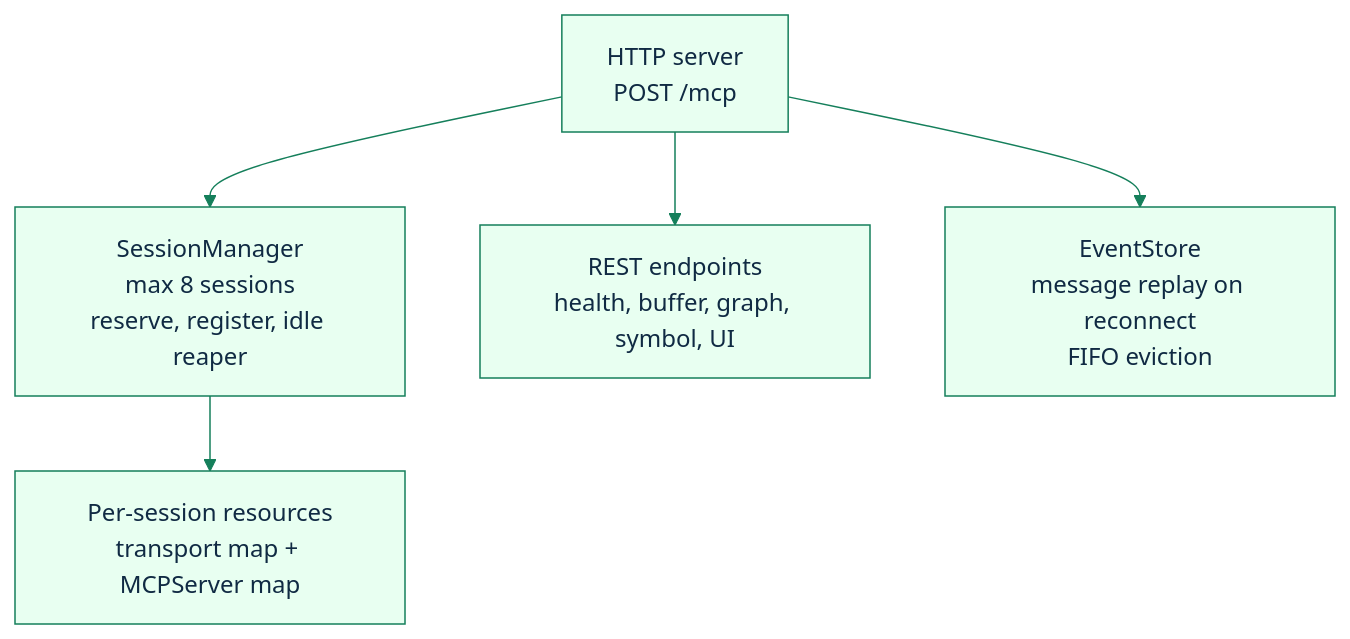
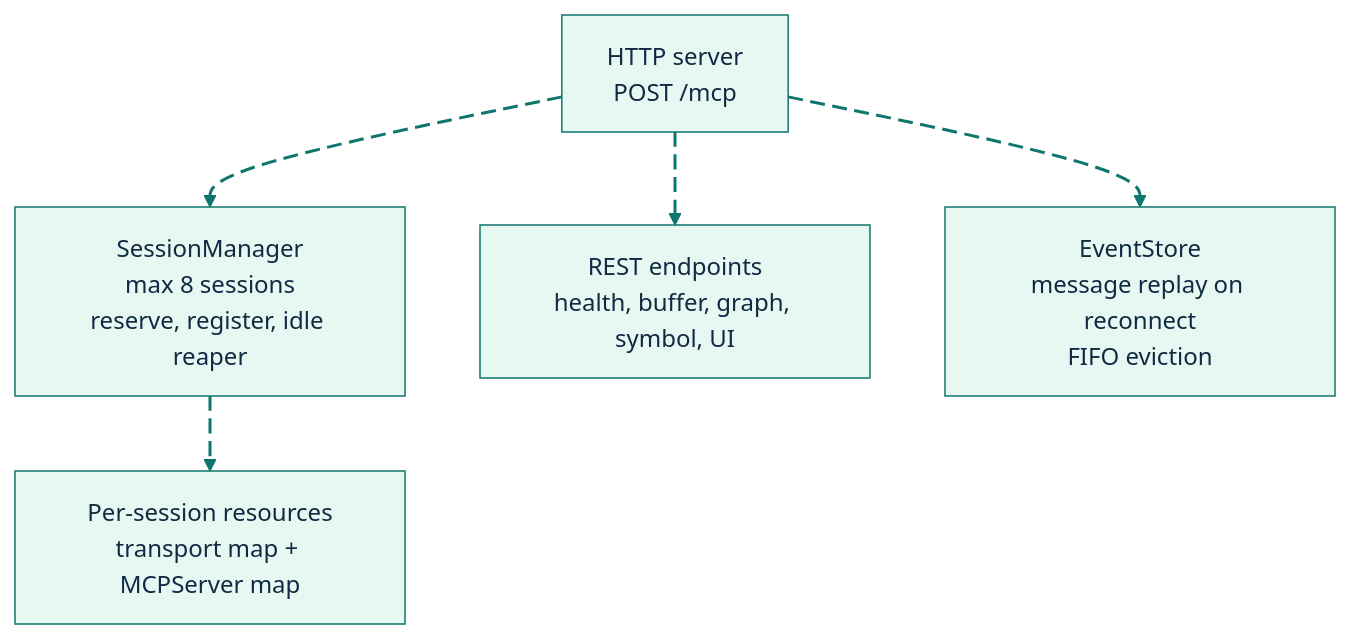
Diagram 11 of 14 in docs/architecture.md (GlitterKill/sdl-mcp), drawn with Mermaid before and after one commit. The commit also changed other lines of this file and 33 other files, not shown here.

First line of the commit message:
docs: update mermaid diagram themes and styling across documentation

````diff
--- a/docs/architecture.md
+++ b/docs/architecture.md
@@ -395,7 +496,17 @@
 ```mermaid
-%%{init: {"theme":"base","themeVariables":{"primaryColor":"#e8fff1","primaryBorderColor":"#157f5b","primaryTextColor":"#102a43","secondaryColor":"#eef6ff","secondaryBorderColor":"#2563eb","tertiaryColor":"#fff4d6","tertiaryBorderColor":"#b45309","lineColor":"#157f5b","fontFamily":"Trebuchet MS, Arial"},"flowchart":{"curve":"basis"}}}%%
+%%{init: {"theme":"base","themeVariables":{"background":"#ffffff","primaryColor":"#E7F8F2","primaryBorderColor":"#0F766E","primaryTextColor":"#102A43","secondaryColor":"#E8F1FF","secondaryBorderColor":"#2563EB","secondaryTextColor":"#102A43","tertiaryColor":"#FFF4D6","tertiaryBorderColor":"#B45309","tertiaryTextColor":"#102A43","lineColor":"#0F766E","textColor":"#102A43","fontFamily":"Inter, ui-sans-serif, system-ui, -apple-system, BlinkMacSystemFont, Segoe UI, sans-serif"},"flowchart":{"curve":"basis","htmlLabels":true}}}%%
 flowchart TD
-    Http["HTTP server<br/>POST /mcp"] --> Sessions["SessionManager<br/>max 8 sessions<br/>reserve, register, idle reaper"] --> Resources["Per-session resources<br/>transport map + MCPServer map"]
-    Http --> Rest["REST endpoints<br/>health, buffer, graph, symbol, UI"]
-    Http --> Events["EventStore<br/>message replay on reconnect<br/>FIFO eviction"]
+    Http["HTTP server<br/>POST /mcp"] e1@--> Sessions["SessionManager<br/>max 8 sessions<br/>reserve, register, idle reaper"]
+    Sessions e4@--> Resources["Per-session resources<br/>transport map + MCPServer map"]
+    Http e2@--> Rest["REST endpoints<br/>health, buffer, graph, symbol, UI"]
+    Http e3@--> Events["EventStore<br/>message replay on reconnect<br/>FIFO eviction"]
+
+    classDef source fill:#E7F8F2,stroke:#0F766E,stroke-width:2px,color:#102A43;
+    classDef process fill:#E8F1FF,stroke:#2563EB,stroke-width:2px,color:#102A43;
+    classDef decision fill:#FFF4D6,stroke:#B45309,stroke-width:2px,color:#102A43;
+    classDef storage fill:#F2E8FF,stroke:#7C3AED,stroke-width:2px,color:#102A43;
+    classDef output fill:#FFE8EF,stroke:#BE123C,stroke-width:2px,color:#102A43;
+    classDef muted fill:#F8FAFC,stroke:#64748B,stroke-width:1px,color:#102A43;
+    classDef animate stroke:#0F766E,stroke-width:2px,stroke-dasharray:10\,5,stroke-dashoffset:900,animation:dash 22s linear infinite;
+    class e1,e2,e3,e4 animate;
 ```
````
